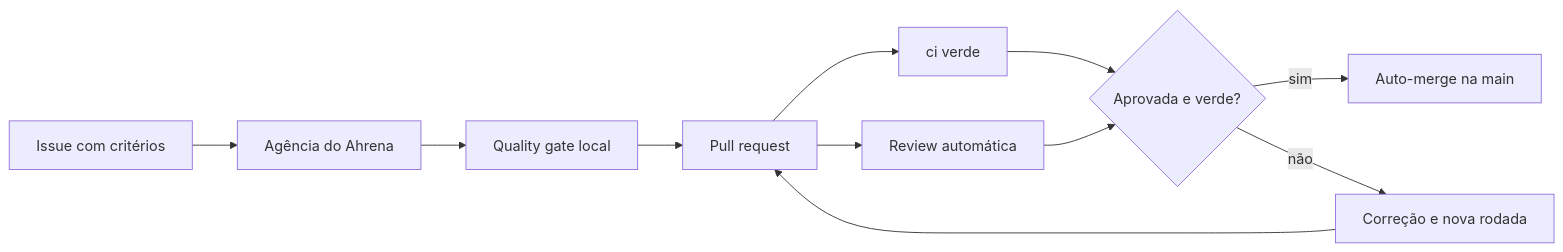
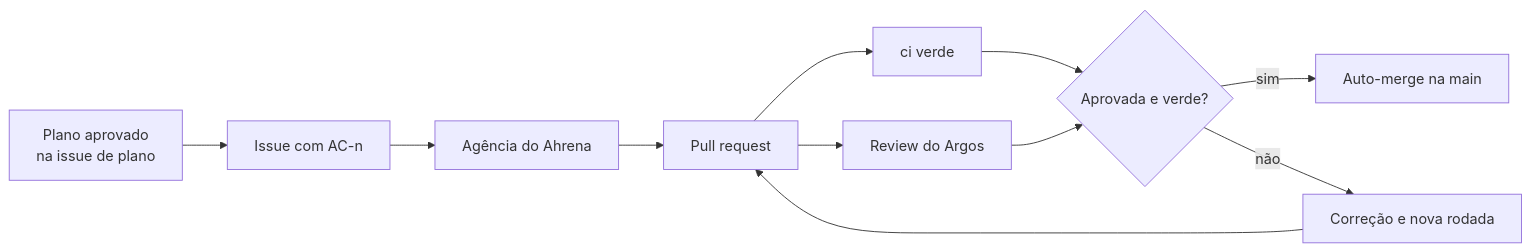
One commit to barte-ai-services/.github changed the diagram in docs-site/content/docs/how-we-work/index.mdx. Above: the diagram before and after it, drawn with Mermaid. The commit also changed other lines of this file and 16 other files, not shown here.

````diff
--- a/docs-site/content/docs/how-we-work/index.mdx
+++ b/docs-site/content/docs/how-we-work/index.mdx
@@ -10,13 +10,13 @@
 ```mermaid
 flowchart LR
-  A[Issue com critérios] --> B[Agência do Ahrena]
-  B --> C[Quality gate local]
-  C --> D[Pull request]
+  P[Plano aprovado<br/>na issue de plano] --> A[Issue com AC-n]
+  A --> B[Agência do Ahrena]
+  B --> D[Pull request]
   D --> E[ci verde]
-  D --> F[Review automática]
+  D --> F[Review do Argos]
   E --> G{Aprovada e verde?}
   F --> G
   G -- sim --> H[Auto-merge na main]
   G -- não --> I[Correção e nova rodada]
   I --> D
 ```
````
